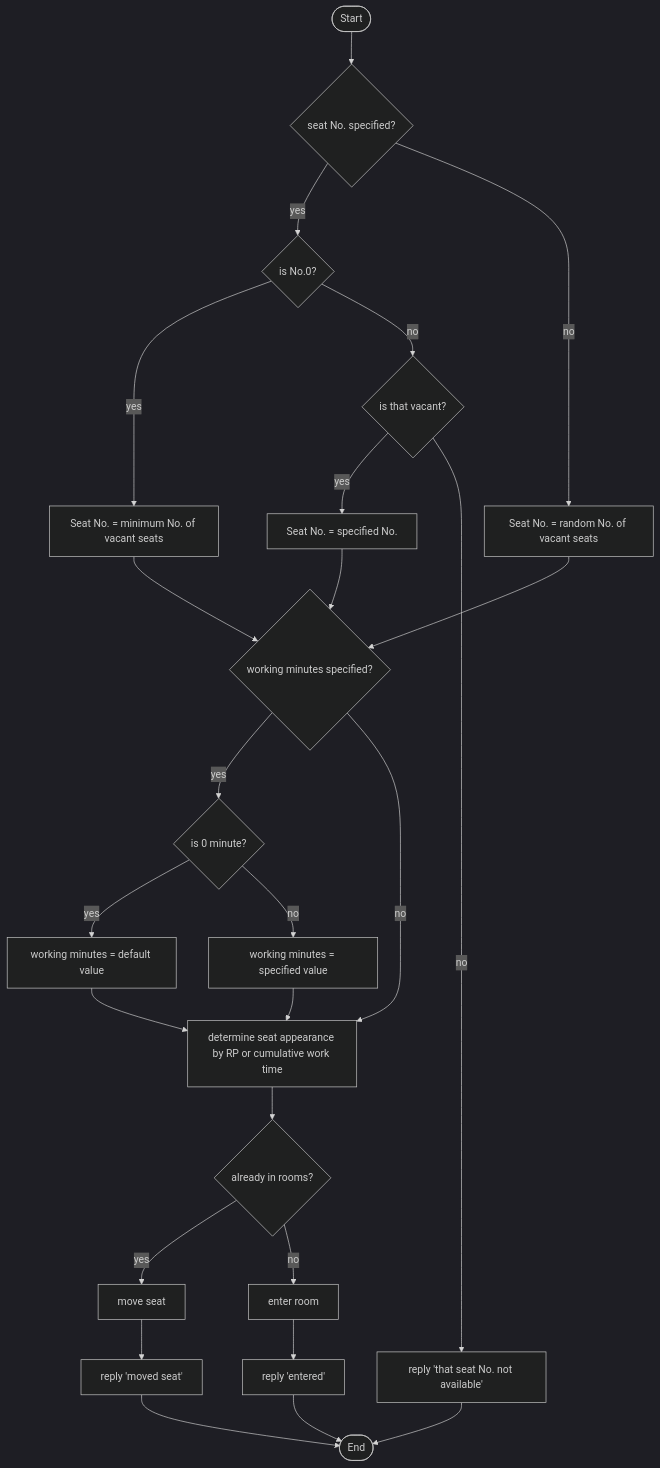
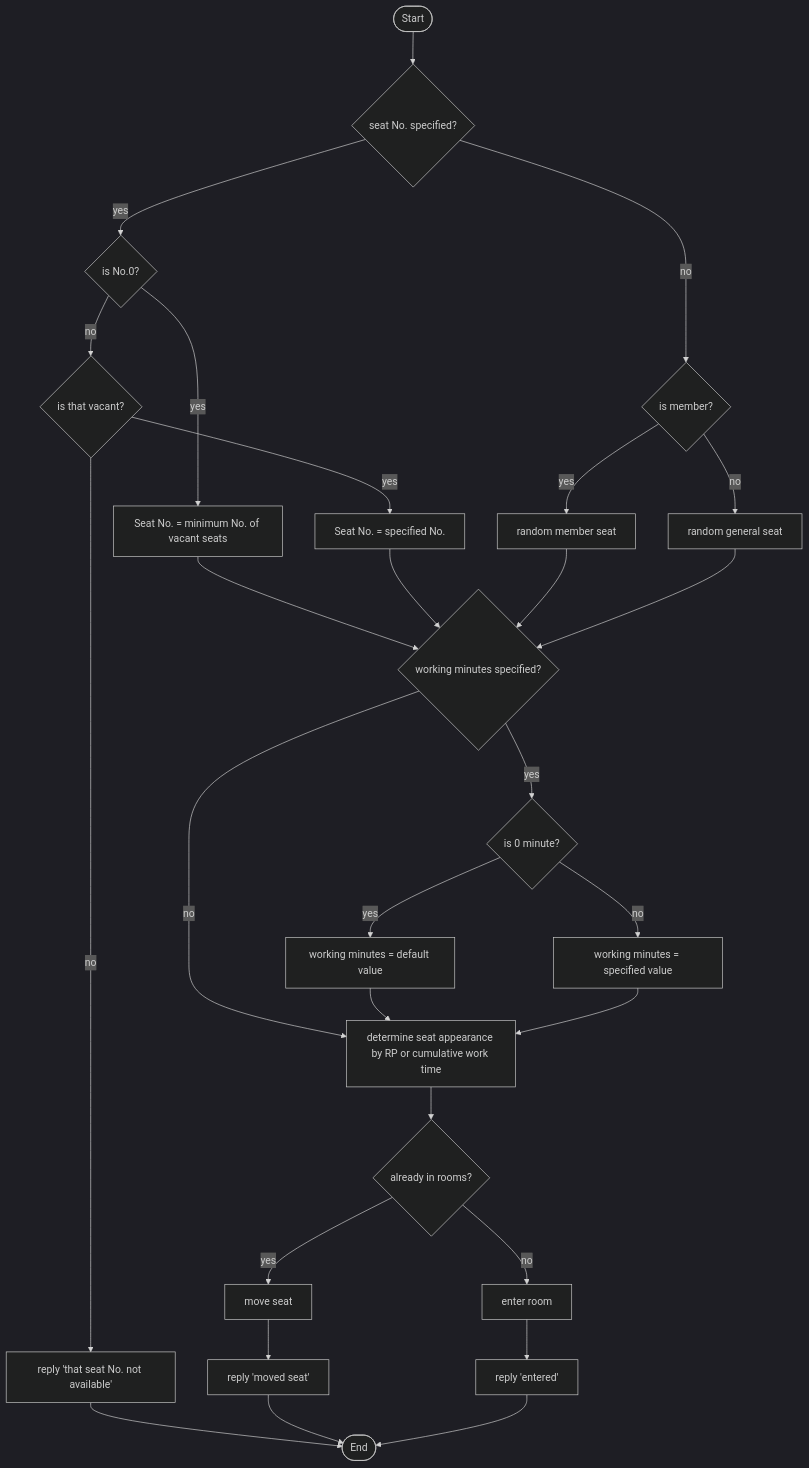
One commit to kani3camp/youtube-study-space changed the first of 2 diagrams in docs/diagrams/flowchart.md. Above: the diagram before and after it, drawn with Mermaid (dark theme). The commit also changed 7 other files, not shown here.

````diff
--- a/docs/diagrams/flowchart.md
+++ b/docs/diagrams/flowchart.md
@@ -4,22 +4,28 @@
 ```mermaid
 flowchart TD
 Start([Start]) --> 1{seat No. specified?}
 1 -->|yes| 1A{is No.0?}
-1 -->|no| 1B[Seat No. = random No. of vacant seats] --> 2
+1 -->|no| 7
 1A -->|yes| 1AA[Seat No. = minimum No. of vacant seats] --> 2
 1A -->|no| 1AB{is that vacant?}
 1AB -->|yes| 1ABA[Seat No. = specified No.] --> 2
 1AB -->|no| 1ABB[reply 'that seat No. not available'] --> End
 
 2{working minutes specified?}
 2 -->|yes| 2A{is 0 minute?}
 2 -->|no| 3
 2A --> |yes| 2AA[working minutes = default value] --> 3
 2A --> |no| 2AB[working minutes = specified value] --> 3
 
 3[determine seat appearance by RP or cumulative work time] --> 4{already in rooms?}
 4 --> |yes| 4A[move seat] --> 5[reply 'moved seat'] --> End
 4 --> |no| 4B[enter room] --> 6[reply 'entered'] --> End
 
+7{is member?}
+7 --> |yes| 7A[random member seat] --> 2
+7 --> |no| 7B[random general seat] --> 2
+
+
+
 End([End])    
 ```
````
